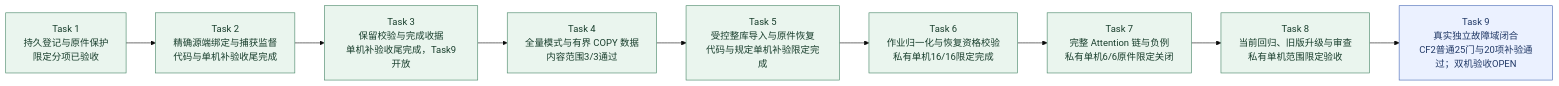
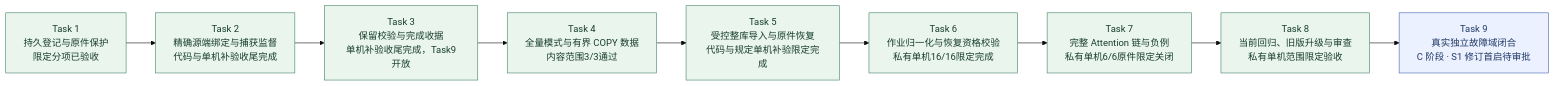
One commit to MansurnamedZhang/learning-system-p0c4 changed the second of 10 diagrams in docs/KnowWeave实施路线与系统架构.md. Above: the diagram before and after it, drawn with Mermaid (base theme). The commit also changed other lines of this file and 35 other files, not shown here.

Commit message:
docs(architecture): review KnowWeave and replan evidence-bound delivery

````diff
--- a/docs/KnowWeave实施路线与系统架构.md
+++ b/docs/KnowWeave实施路线与系统架构.md
@@ -80,25 +88,25 @@
 ```mermaid
 flowchart LR
     C4T1["Task 1<br/>持久登记与原件保护<br/>限定分项已验收"]
     C4T2["Task 2<br/>精确源端绑定与捕获监督<br/>代码与单机补验收尾完成"]
     C4T3["Task 3<br/>保留校验与完成收据<br/>单机补验收尾完成，Task9开放"]
     C4T4["Task 4<br/>全量模式与有界 COPY 数据<br/>内容范围3/3通过"]
     C4T5["Task 5<br/>受控整库导入与原件恢复<br/>代码与规定单机补验限定完成"]
     C4T6["Task 6<br/>作业归一化与恢复资格校验<br/>私有单机16/16限定完成"]
     C4T7["Task 7<br/>完整 Attention 链与负例<br/>私有单机6/6原件限定关闭"]
     C4T8["Task 8<br/>当前回归、旧版升级与审查<br/>私有单机范围限定验收"]
-    C4T9["Task 9<br/>真实独立故障域闭合<br/>CF2普通25门与20项补验通过；双机验收OPEN"]
+    C4T9["Task 9<br/>真实独立故障域闭合<br/>C 阶段 · S1 修订首启待审批"]
     C4T1 --> C4T2
     C4T2 --> C4T3
     C4T3 --> C4T4
     C4T4 --> C4T5
     C4T5 --> C4T6
     C4T6 --> C4T7
     C4T7 --> C4T8
     C4T8 --> C4T9
     class C4T1,C4T2,C4T3,C4T4,C4T5,C4T6,C4T7,C4T8 done
     class C4T9 next
     classDef done fill:#eaf5ee,stroke:#438363,color:#173d2b
     classDef next fill:#ebf1ff,stroke:#4365b4,color:#203866
     classDef planned fill:#f2f4f8,stroke:#8591a3,color:#28354b
 ```
````
